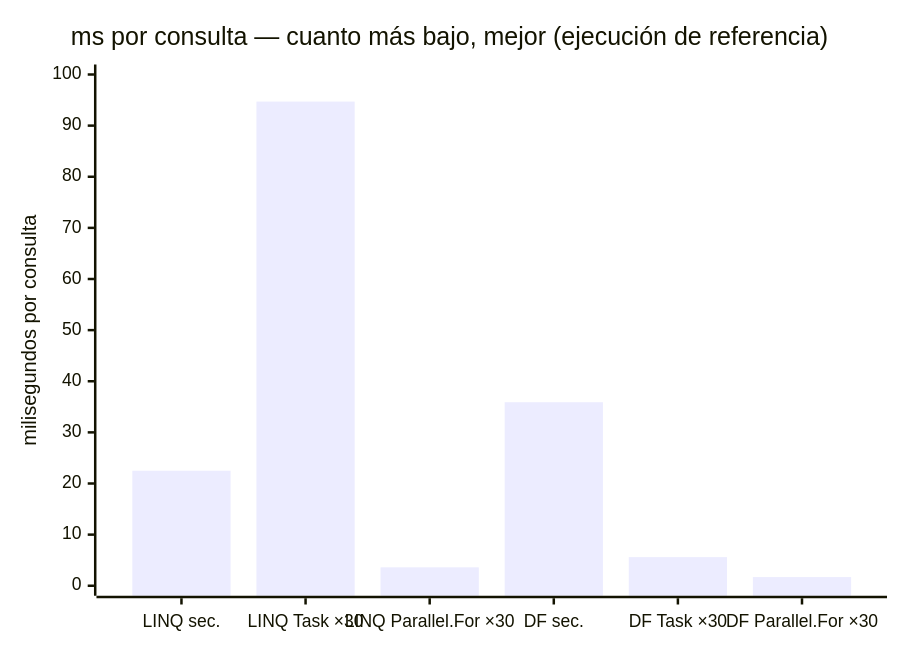
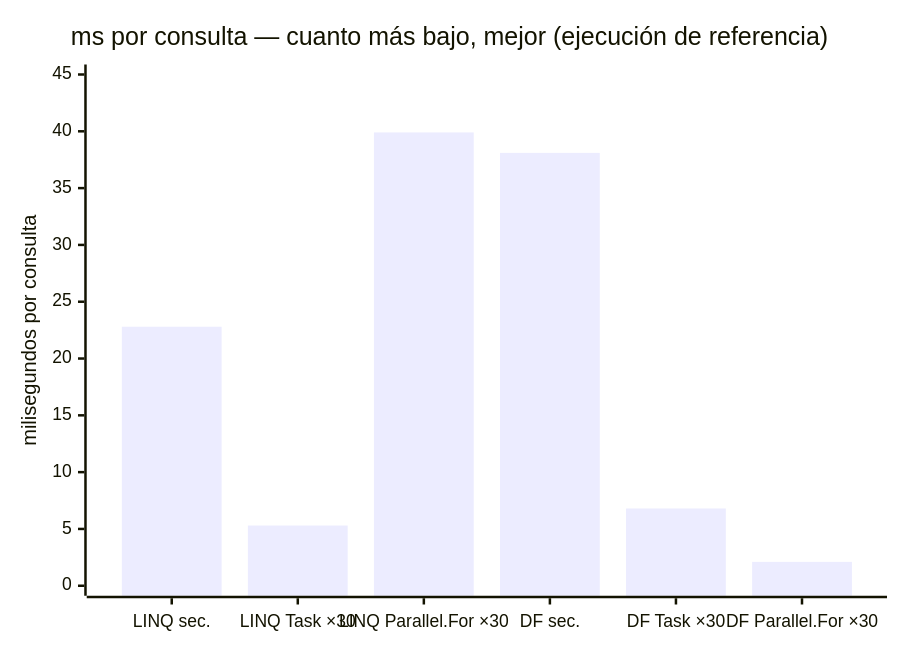
The second of 5 diagrams in soluciones/09-AccidentesMadrid/README.md (joseluisgs/DesarrolloWebEntornosServidor-01-2026-2027), drawn with Mermaid before and after one commit. The commit also changed other lines of this file and 1 other file, not shown here.

````diff
--- a/soluciones/09-AccidentesMadrid/README.md
+++ b/soluciones/09-AccidentesMadrid/README.md
@@ -341,7 +352,7 @@
 ```mermaid
 xychart-beta
     title "ms por consulta — cuanto más bajo, mejor (ejecución de referencia)"
     x-axis ["LINQ sec.", "LINQ Task ×30", "LINQ Parallel.For ×30", "DF sec.", "DF Task ×30", "DF Parallel.For ×30"]
-    y-axis "milisegundos por consulta" 0 --> 100
-    bar [22.5, 94.7, 3.6, 35.9, 5.6, 1.7]
+    y-axis "milisegundos por consulta" 0 --> 45
+    bar [22.8, 5.3, 39.9, 38.1, 6.8, 2.1]
 ```
````
